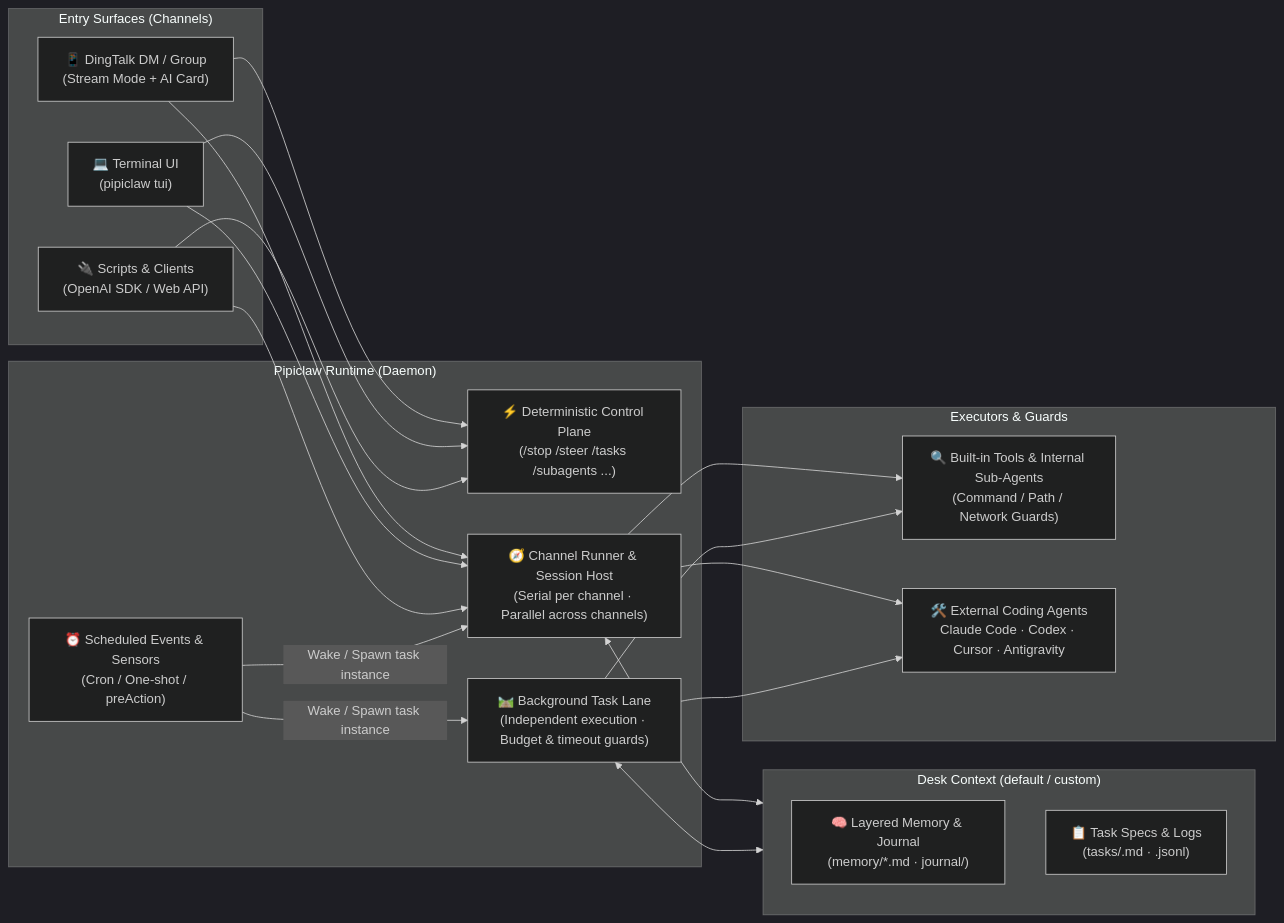
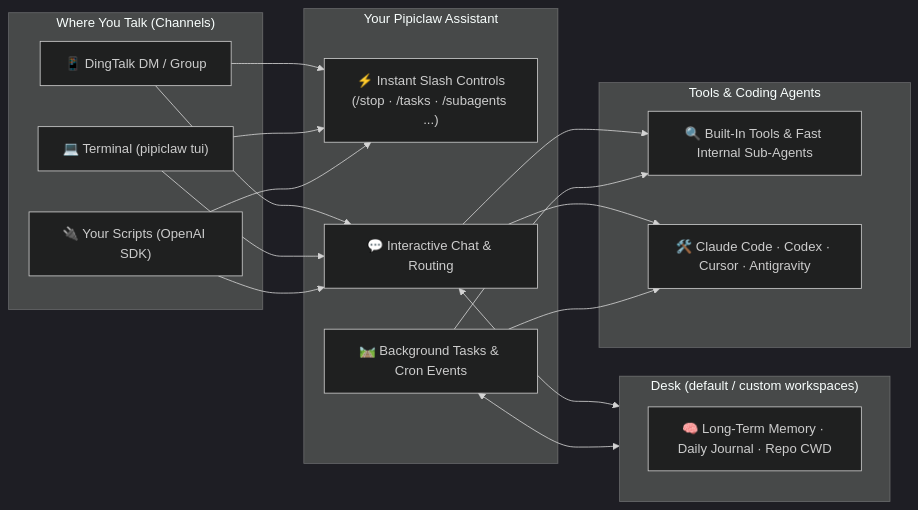
One commit to oyasmi/pipiclaw changed the diagram in README.en.md. Above: the diagram before and after it, drawn with Mermaid (dark theme). The commit also changed other lines of this file and 2 other files, not shown here.

````diff
--- a/README.en.md
+++ b/README.en.md
@@ -63,31 +236,27 @@
 ```mermaid
 flowchart LR
-    subgraph Entries["Entry Surfaces (Channels)"]
-        DT["📱 DingTalk DM / Group<br/>(Stream Mode + AI Card)"]
-        TUI["💻 Terminal UI<br/>(pipiclaw tui)"]
-        API["🔌 Scripts & Clients<br/>(OpenAI SDK / Web API)"]
+    subgraph You["Where You Talk (Channels)"]
+        DT["📱 DingTalk DM / Group"]
+        TUI["💻 Terminal (pipiclaw tui)"]
+        SDK["🔌 Your Scripts (OpenAI SDK)"]
     end
 
-    subgraph Runtime["Pipiclaw Runtime (Daemon)"]
-        CP["⚡ Deterministic Control Plane<br/>(/stop /steer /tasks /subagents ...)"]
-        CR["🧭 Channel Runner & Session Host<br/>(Serial per channel · Parallel across channels)"]
-        TL["🛤️ Background Task Lane<br/>(Independent execution · Budget & timeout guards)"]
-        EV["⏰ Scheduled Events & Sensors<br/>(Cron / One-shot / preAction)"]
+    subgraph Assistant["Your Pipiclaw Assistant"]
+        CMD["⚡ Instant Slash Controls<br/>(/stop · /tasks · /subagents ...)"]
+        CHAT["💬 Interactive Chat & Routing"]
+        TASK["🛤️ Background Tasks & Cron Events"]
     end
 
-    subgraph Desk["Desk Context (default / custom)"]
-        MEM["🧠 Layered Memory & Journal<br/>(memory/*.md · journal/)"]
-        TSK["📋 Task Specs & Logs<br/>(tasks/<id>.md · <id>.jsonl)"]
+    subgraph Desk["Desk (default / custom workspaces)"]
+        MEM["🧠 Long-Term Memory · Daily Journal · Repo CWD"]
     end
 
-    subgraph Executors["Executors & Guards"]
-        INT["🔍 Built-in Tools & Internal Sub-Agents<br/>(Command / Path / Network Guards)"]
-        EXT["🛠️ External Coding Agents<br/>Claude Code · Codex · Cursor · Antigravity"]
+    subgraph Workers["Tools & Coding Agents"]
+        LOCAL["🔍 Built-In Tools & Fast Internal Sub-Agents"]
+        CLI["🛠️ Claude Code · Codex · Cursor · Antigravity"]
     end
 
-    DT & TUI & API --> CP & CR
-    EV -->|Wake / Spawn task instance| CR & TL
-    CR <--> Desk
-    TL <--> Desk
-    CR & TL --> INT & EXT
+    DT & TUI & SDK --> CMD & CHAT
+    CHAT & TASK <--> Desk
+    CHAT & TASK --> LOCAL & CLI
 ```
````
